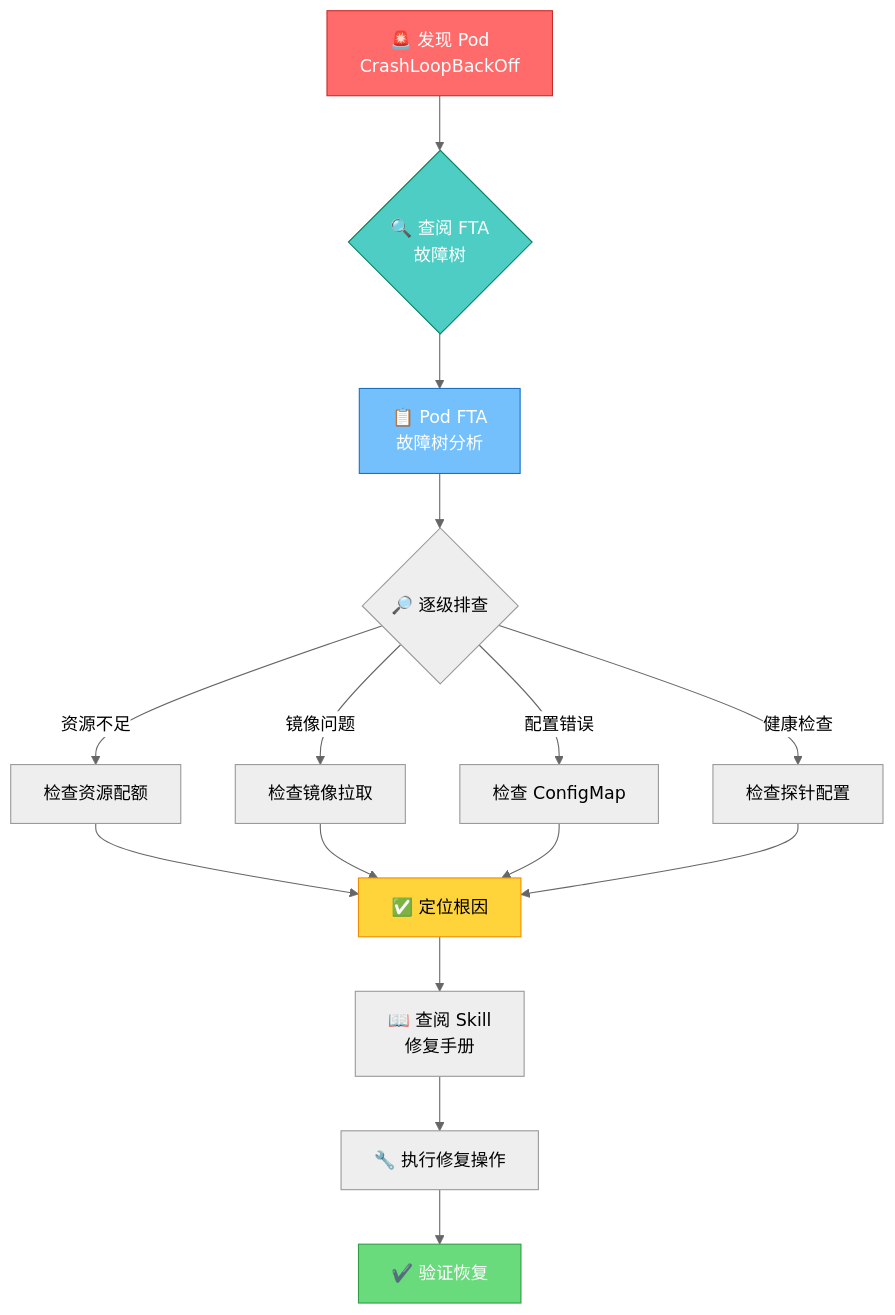
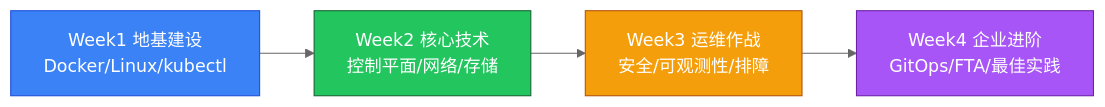
Before and after one commit to kudig-io/kudig-database: the third of 6 diagrams in README.md, drawn with Mermaid (neutral theme). The commit also changed other lines of this file, not shown here.

````diff
--- a/README.md
+++ b/README.md
@@ -413,23 +302,11 @@
 ```mermaid
-flowchart TD
-    A[🚨 发现 Pod<br/>CrashLoopBackOff] --> B{🔍 查阅 FTA<br/>故障树}
-    B --> C[📋 Pod FTA<br/>故障树分析]
-    C --> D{🔎 逐级排查}
-    D -->|资源不足| E[检查资源配额]
-    D -->|镜像问题| F[检查镜像拉取]
-    D -->|配置错误| G[检查 ConfigMap]
-    D -->|健康检查| H[检查探针配置]
-    E --> I[✅ 定位根因]
-    F --> I
-    G --> I
-    H --> I
-    I --> J[📖 查阅 Skill<br/>修复手册]
-    J --> K[🔧 执行修复操作]
-    K --> L[✔️ 验证恢复]
+flowchart LR
+    W1[Week1 地基建设<br/>Docker/Linux/kubectl] --> W2[Week2 核心技术<br/>控制平面/网络/存储]
+    W2 --> W3[Week3 运维作战<br/>安全/可观测性/排障]
+    W3 --> W4[Week4 企业进阶<br/>GitOps/FTA/最佳实践]
     
-    style A fill:#ff6b6b,stroke:#c92a2a,color:#fff
-    style B fill:#4ecdc4,stroke:#087f5b,color:#fff
-    style C fill:#74c0fc,stroke:#1971c2,color:#fff
-    style I fill:#ffd43b,stroke:#f08c00,color:#000
-    style L fill:#69db7c,stroke:#2f9e44,color:#fff
+    style W1 fill:#3b82f6,stroke:#1d4ed8,color:#fff
+    style W2 fill:#22c55e,stroke:#166534,color:#fff
+    style W3 fill:#f59e0b,stroke:#b45309,color:#fff
+    style W4 fill:#a855f7,stroke:#6b21a8,color:#fff
 ```
````
